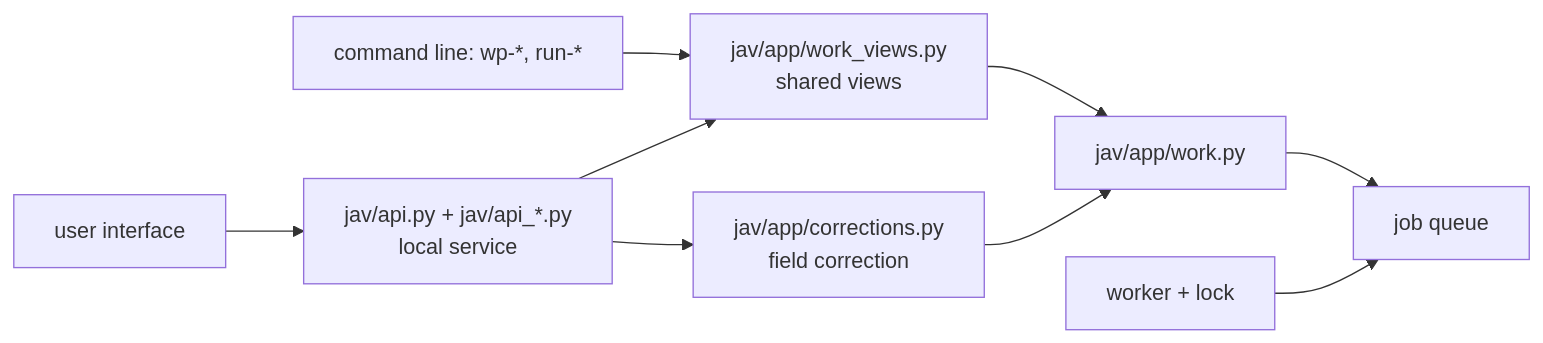
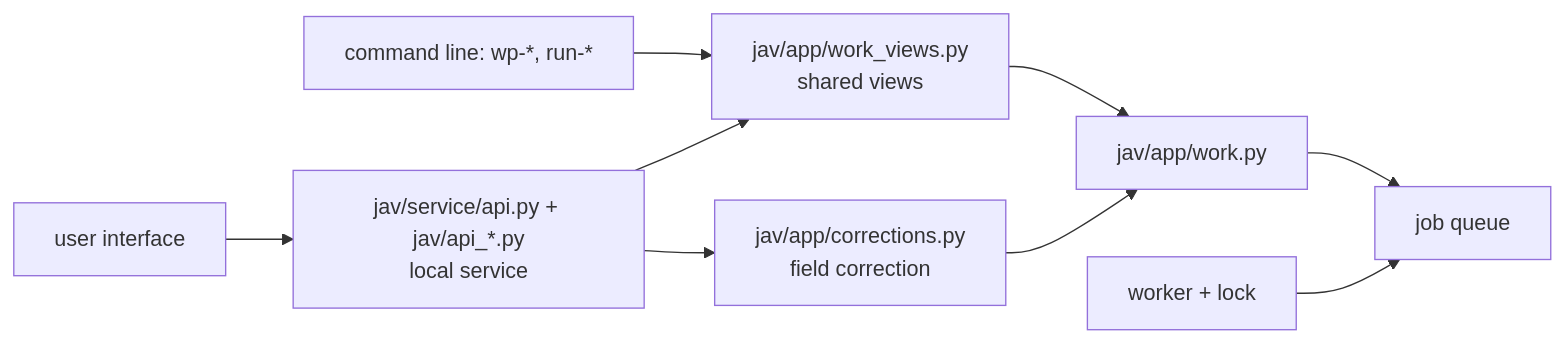
Before and after one commit to kassaiattila/58_JEV_AI: the second of 4 diagrams in docs/ARCHITECTURE.md, drawn with Mermaid. The commit also changed other lines of this file and 108 other files, not shown here.

First line of the commit message:
refactor(service): the local service in jav/service/, the backup and the audit beside the worker (208)

````diff
--- a/docs/ARCHITECTURE.md
+++ b/docs/ARCHITECTURE.md
@@ -310,11 +310,11 @@
 ```mermaid
 flowchart LR
-  UI["user interface"] --> API[jav/api.py + jav/api_*.py<br/>local service]
+  UI["user interface"] --> API[jav/service/api.py + jav/api_*.py<br/>local service]
   CLI[command line: wp-*, run-*] --> VIEWS
   API --> VIEWS[jav/app/work_views.py<br/>shared views]
   API --> CORR[jav/app/corrections.py<br/>field correction]
   VIEWS --> WORK[jav/app/work.py]
   CORR --> WORK
   WORK --> Q[job queue]
   W[worker + lock] --> Q
 ```
````
